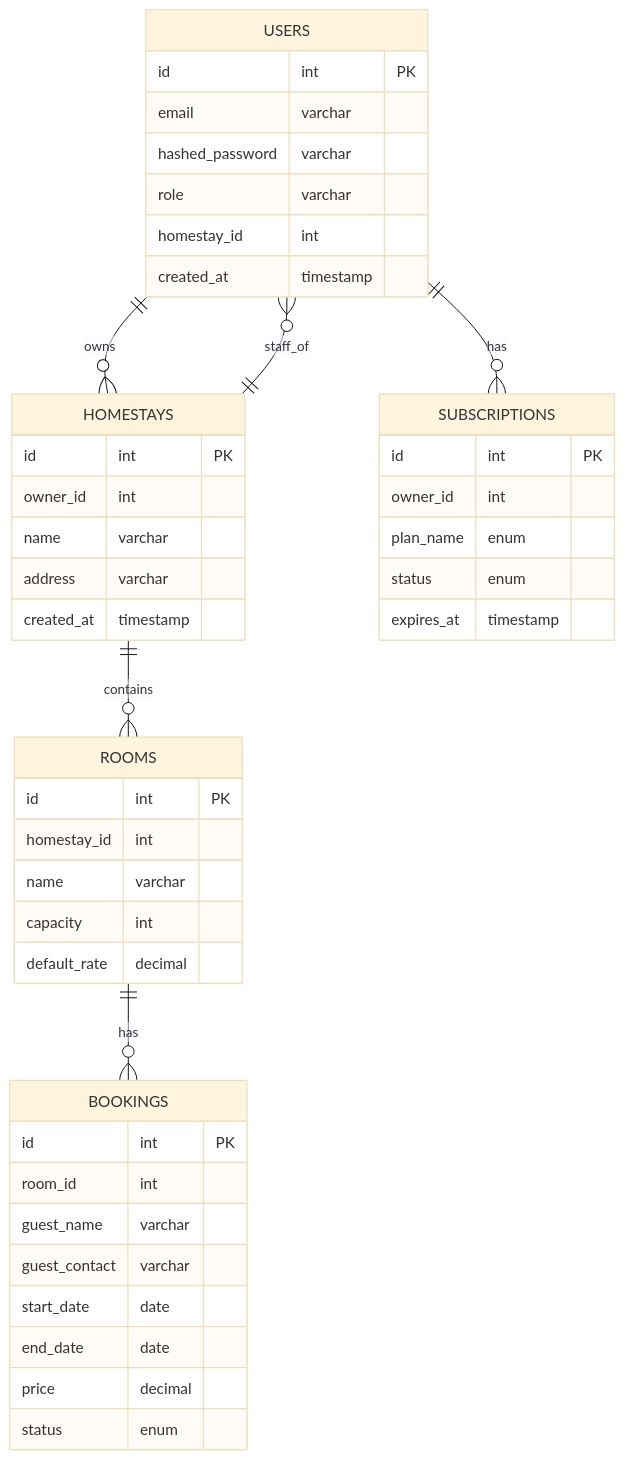
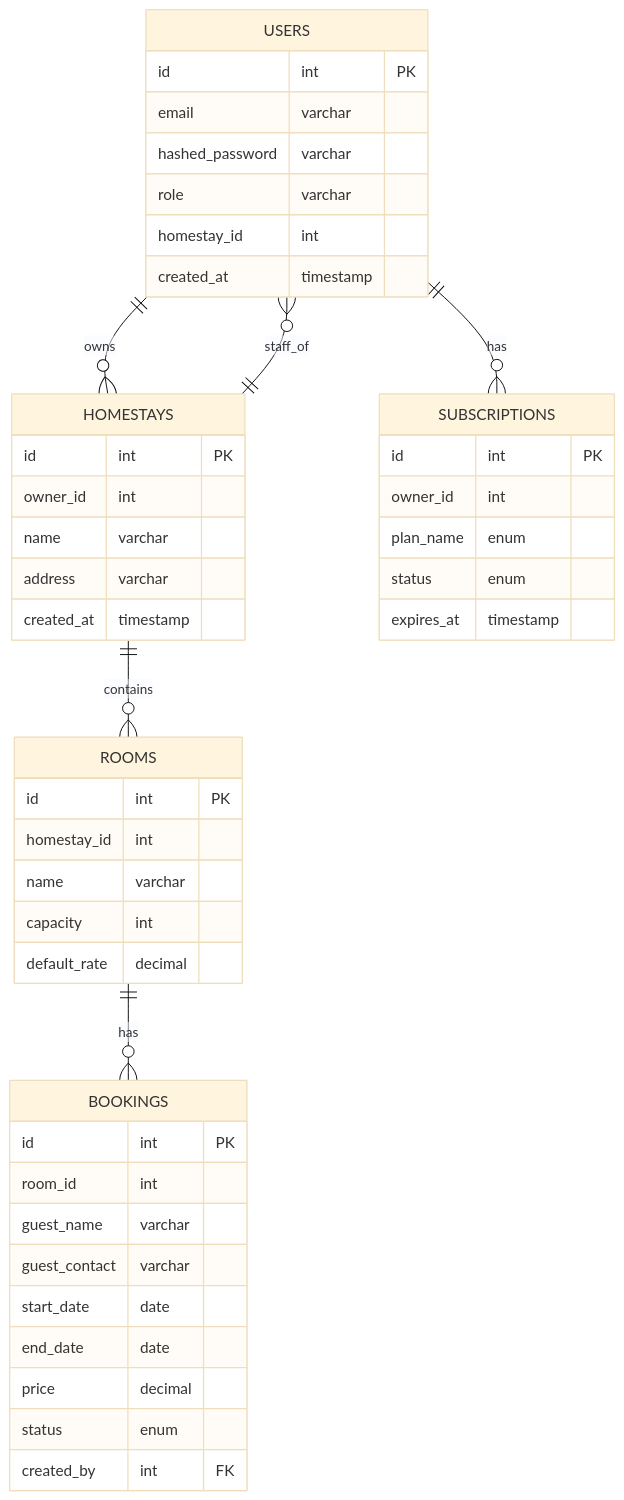
One commit to netfirms/staycal changed the second of 2 diagrams in architecture.md. Above: the diagram before and after it, drawn with Mermaid (base theme). The commit also changed 1 other file, not shown here.

Commit message:
chore: Refine .gitignore and correct data model
This commit includes housekeeping improvements to the project's repository configuration and documentation.

.gitignore:
- The `.gitignore` file has been updated with comments to clarify the purpose of ignored file groups (e.g., environment variables).
- Added `*.db-journal` to the ignore list to prevent SQLite's temporary journal files from being committed.

Architecture:
- Corrected the low-level data model diagram in `architecture.md` to re-include the `created_by` foreign key in the `BOOKINGS` table. This ensures the documentation is consistent with the schema required for auditing and authorization features.

````diff
--- a/architecture.md
+++ b/architecture.md
@@ -36,48 +36,49 @@
 ```mermaid
 erDiagram
   USERS ||--o{ HOMESTAYS : owns
   USERS ||--o{ SUBSCRIPTIONS : has
   HOMESTAYS ||--o{ ROOMS : contains
   HOMESTAYS ||--o{ USERS : staff_of
   ROOMS ||--o{ BOOKINGS : has
 
   USERS {
     id int PK
     email varchar
     hashed_password varchar
     role varchar
     homestay_id int
     created_at timestamp
   }
   SUBSCRIPTIONS {
     id int PK
     owner_id int
     plan_name enum
     status enum
     expires_at timestamp
   }
   HOMESTAYS {
     id int PK
     owner_id int
     name varchar
     address varchar
     created_at timestamp
   }
   ROOMS {
     id int PK
     homestay_id int
     name varchar
     capacity int
     default_rate decimal
   }
   BOOKINGS {
     id int PK
     room_id int
     guest_name varchar
     guest_contact varchar
     start_date date
     end_date date
     price decimal
     status enum
+    created_by int FK
   }
 ```
````
